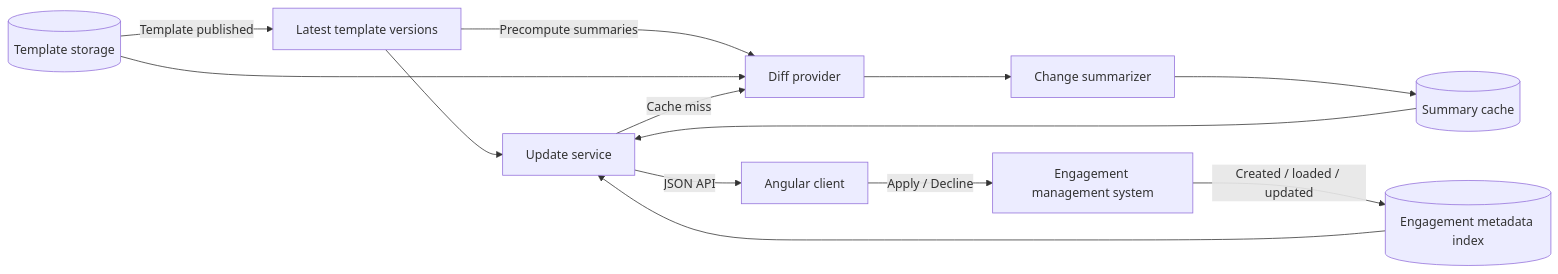
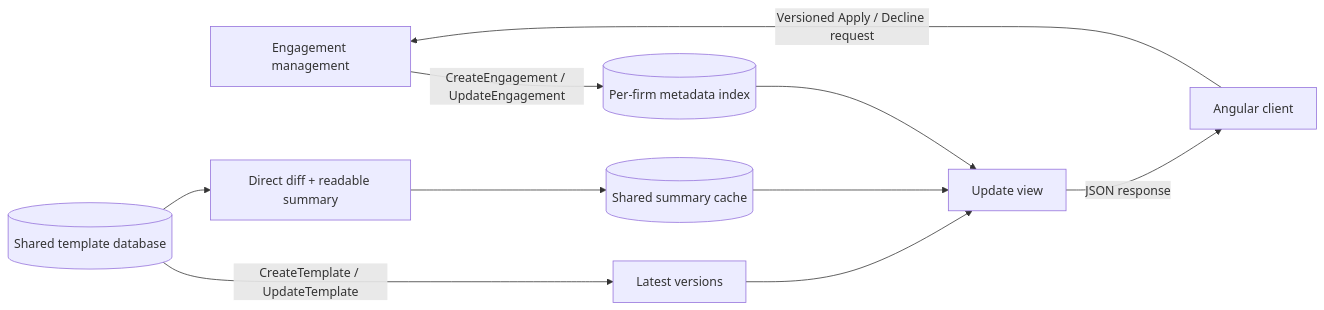
Before and after one commit to miguelbogota/freshprint: the diagram in DESIGN.md, drawn with Mermaid. The commit also changed other lines of this file and 15 other files, not shown here.

````diff
--- a/DESIGN.md
+++ b/DESIGN.md
@@ -13,15 +11,12 @@
 ```mermaid
 flowchart LR
-    TS[(Template storage)] -->|Template published| TC[Latest template versions]
-    EMS[Engagement management system] -->|Created / loaded / updated| MI[(Engagement metadata index)]
-    MI --> US[Update service]
-    TC --> US
-    TC -->|Precompute summaries| DP
-    TS --> DP[Diff provider]
-    US -->|Cache miss| DP
-    DP --> CS[Change summarizer]
-    CS --> SC[(Summary cache)]
-    SC --> US
-    US -->|JSON API| UI[Angular client]
-    UI -->|Apply / Decline| EMS
+    EM[Engagement management] -->|CreateEngagement / UpdateEngagement| IDX[(Per-firm metadata index)]
+    TD[(Shared template database)] -->|CreateTemplate / UpdateTemplate| TV[Latest versions]
+    TD --> DIFF[Direct diff + readable summary]
+    DIFF --> CACHE[(Shared summary cache)]
+    IDX --> VIEW[Update view]
+    TV --> VIEW
+    CACHE --> VIEW
+    VIEW -->|JSON response| UI[Angular client]
+    UI -->|Versioned Apply / Decline request| EM
 ```
````
